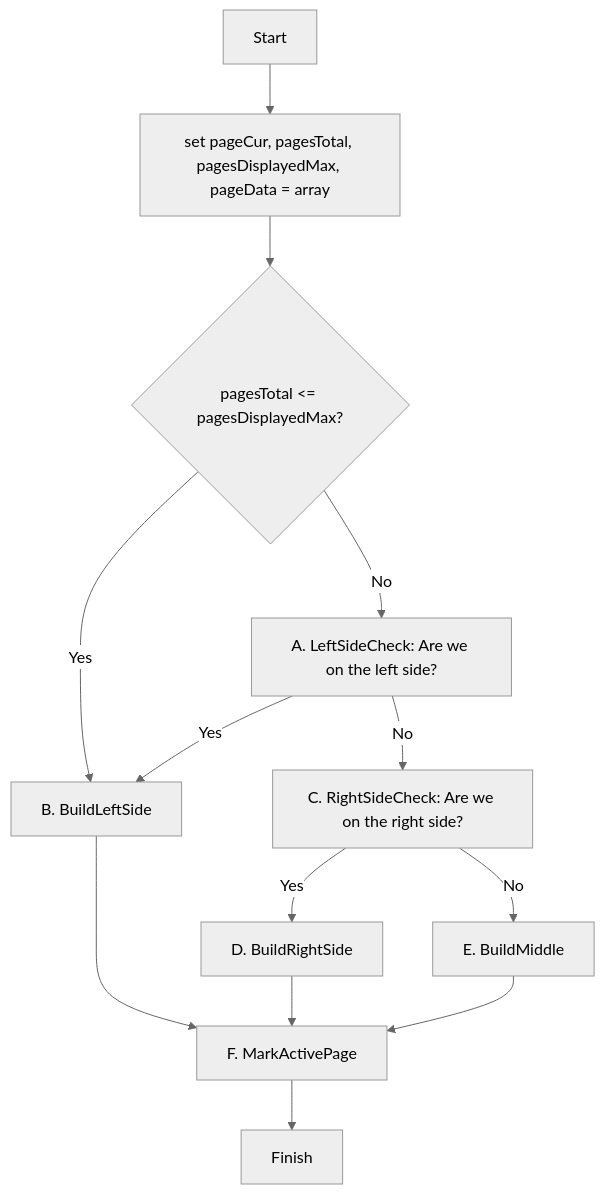
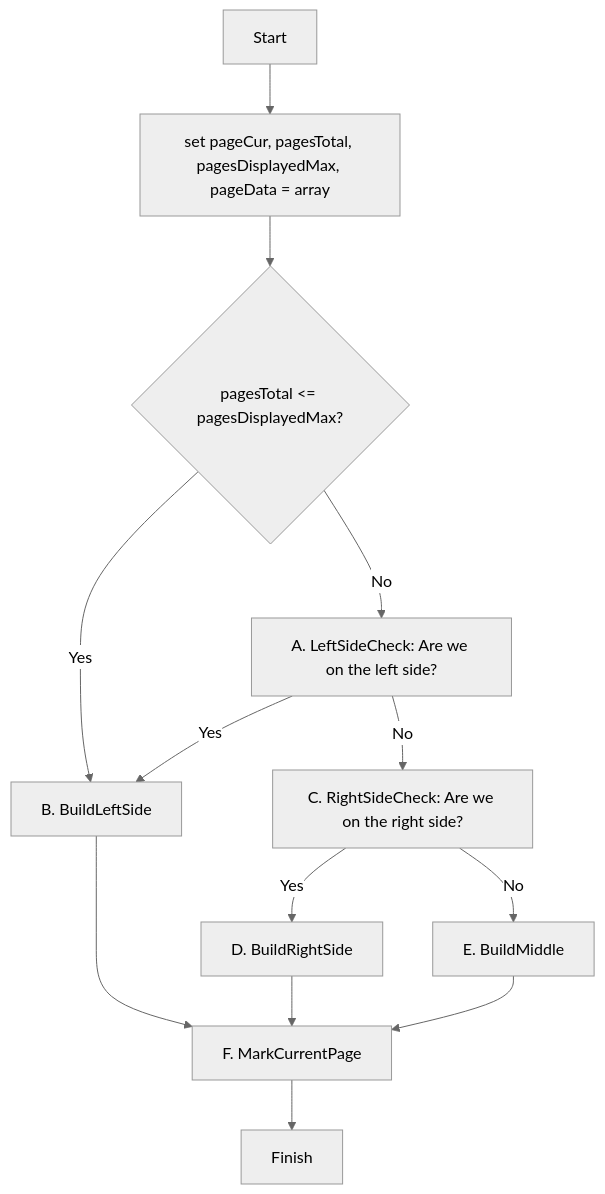
Before and after one commit to sfxon/betterTime: the diagram in doc/pagination.md, drawn with Mermaid (neutral theme). The commit also changed other lines of this file and 4 other files, not shown here.

````diff
--- a/doc/pagination.md
+++ b/doc/pagination.md
@@ -37,19 +37,19 @@
 ```mermaid
 flowchart TD
   start[Start]-->setPages[set pageCur, pagesTotal, pagesDisplayedMax, pageData = array]
   setPages-->pageCheck{pagesTotal <= pagesDisplayedMax?}
   pageCheck -- Yes --> buildLeftSide[B. BuildLeftSide]
   pageCheck -- No --> leftSideCheck[A. LeftSideCheck: Are we on the left side?]
   leftSideCheck -- Yes --> buildLeftSide
   leftSideCheck -- No --> rightSideCheck[C. RightSideCheck: Are we on the right side?]
   rightSideCheck --Yes --> buildRightSide[D. BuildRightSide]
   rightSideCheck -- No --> buildMiddle[E. BuildMiddle]
 
-  buildLeftSide-->markActivePage
-  buildRightSide-->markActivePage
-  buildMiddle-->markActivePage
+  buildLeftSide-->markCurrentPage
+  buildRightSide-->markCurrentPage
+  buildMiddle-->markCurrentPage
 
-  markActivePage[F. MarkActivePage]-->finish
+  markCurrentPage[F. MarkCurrentPage]-->finish
 
   finish[Finish]
 ```
````
